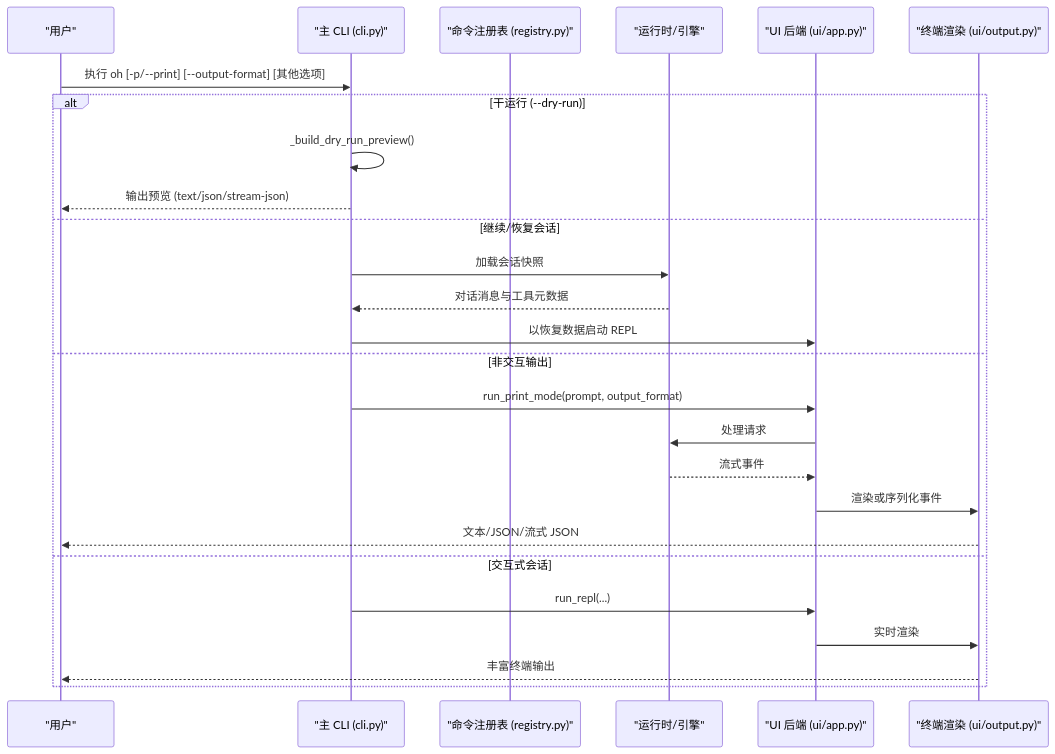
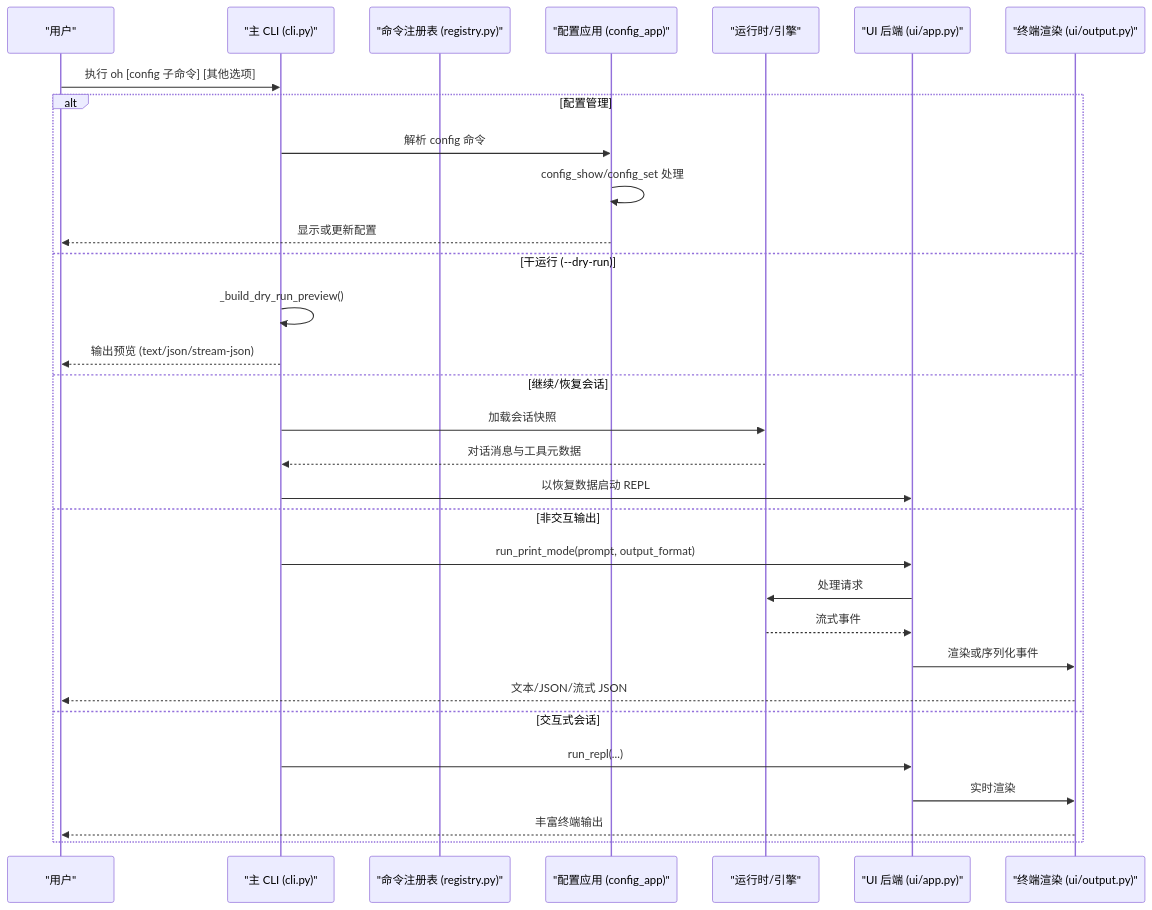
Before and after one commit to haolange/OpenHarness: the second of 4 diagrams in .qoder/repowiki/zh/content/命令行界面/命令行界面.md, drawn with Mermaid. The commit also changed other lines of this file and 5 other files, not shown here.

````diff
--- a/.qoder/repowiki/zh/content/命令行界面/命令行界面.md
+++ b/.qoder/repowiki/zh/content/命令行界面/命令行界面.md
@@ -109,28 +124,33 @@
 ```mermaid
 sequenceDiagram
 participant User as "用户"
 participant CLI as "主 CLI (cli.py)"
 participant Registry as "命令注册表 (registry.py)"
+participant ConfigApp as "配置应用 (config_app)"
 participant Runtime as "运行时/引擎"
 participant UI as "UI 后端 (ui/app.py)"
 participant Renderer as "终端渲染 (ui/output.py)"
-User->>CLI : 执行 oh [-p/--print] [--output-format] [其他选项]
-alt 干运行 (--dry-run)
+User->>CLI : 执行 oh [config 子命令] [其他选项]
+alt 配置管理
+CLI->>ConfigApp : 解析 config 命令
+ConfigApp->>ConfigApp : config_show/config_set 处理
+ConfigApp-->>User : 显示或更新配置
+else 干运行 (--dry-run)
 CLI->>CLI : _build_dry_run_preview()
 CLI-->>User : 输出预览 (text/json/stream-json)
 else 继续/恢复会话
 CLI->>Runtime : 加载会话快照
 Runtime-->>CLI : 对话消息与工具元数据
 CLI->>UI : 以恢复数据启动 REPL
 else 非交互输出
 CLI->>UI : run_print_mode(prompt, output_format)
 UI->>Runtime : 处理请求
 Runtime-->>UI : 流式事件
 UI->>Renderer : 渲染或序列化事件
 Renderer-->>User : 文本/JSON/流式 JSON
 else 交互式会话
 CLI->>UI : run_repl(...)
 UI->>Renderer : 实时渲染
 Renderer-->>User : 丰富终端输出
 end
 ```
````
